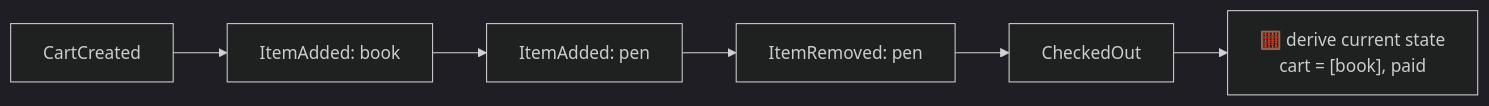
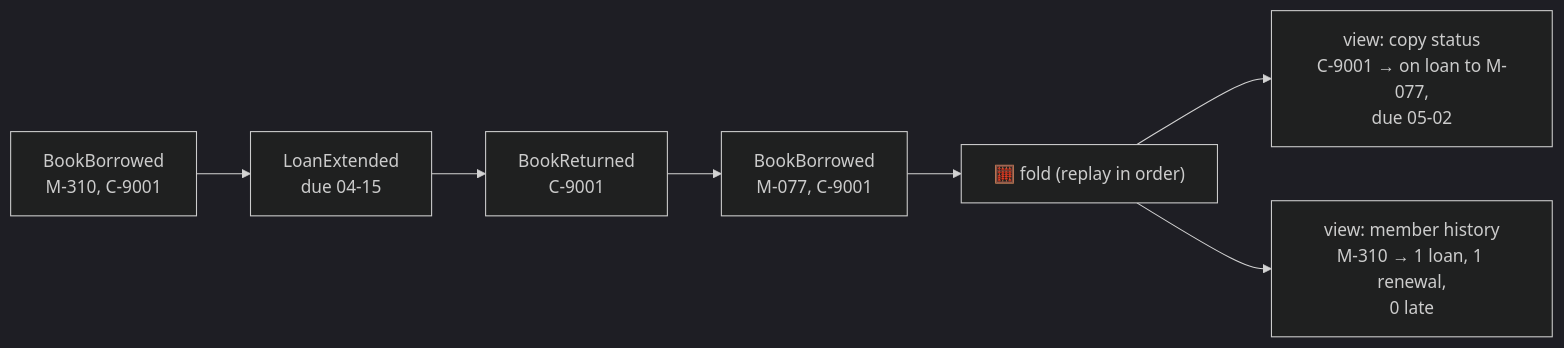
Diagram 12 of 29 in docs/chapters/part-3/11-stream-processing.mdx (pratikguru998/ddia-book), drawn with Mermaid (dark theme) before and after one commit. The commit also changed other lines of this file and 13 other files, not shown here.

Commit message:
Expand all 12 chapters: every book subsection, deeper notes, ~320 diagrams

````diff
--- a/docs/chapters/part-3/11-stream-processing.mdx
+++ b/docs/chapters/part-3/11-stream-processing.mdx
@@ -102,5 +547,7 @@
 ```mermaid
 flowchart LR
-  E1["CartCreated"] --> E2["ItemAdded: book"] --> E3["ItemAdded: pen"] --> E4["ItemRemoved: pen"] --> E5["CheckedOut"]
-  E5 --> V["🧮 derive current state<br/>cart = [book], paid"]
+  E1["BookBorrowed<br/>M-310, C-9001"] --> E2["LoanExtended<br/>due 04-15"] --> E3["BookReturned<br/>C-9001"] --> E4["BookBorrowed<br/>M-077, C-9001"]
+  E4 --> F["🧮 fold (replay in order)"]
+  F --> V1["view: copy status<br/>C-9001 → on loan to M-077,<br/>due 05-02"]
+  F --> V2["view: member history<br/>M-310 → 1 loan, 1 renewal,<br/>0 late"]
 ```
````
